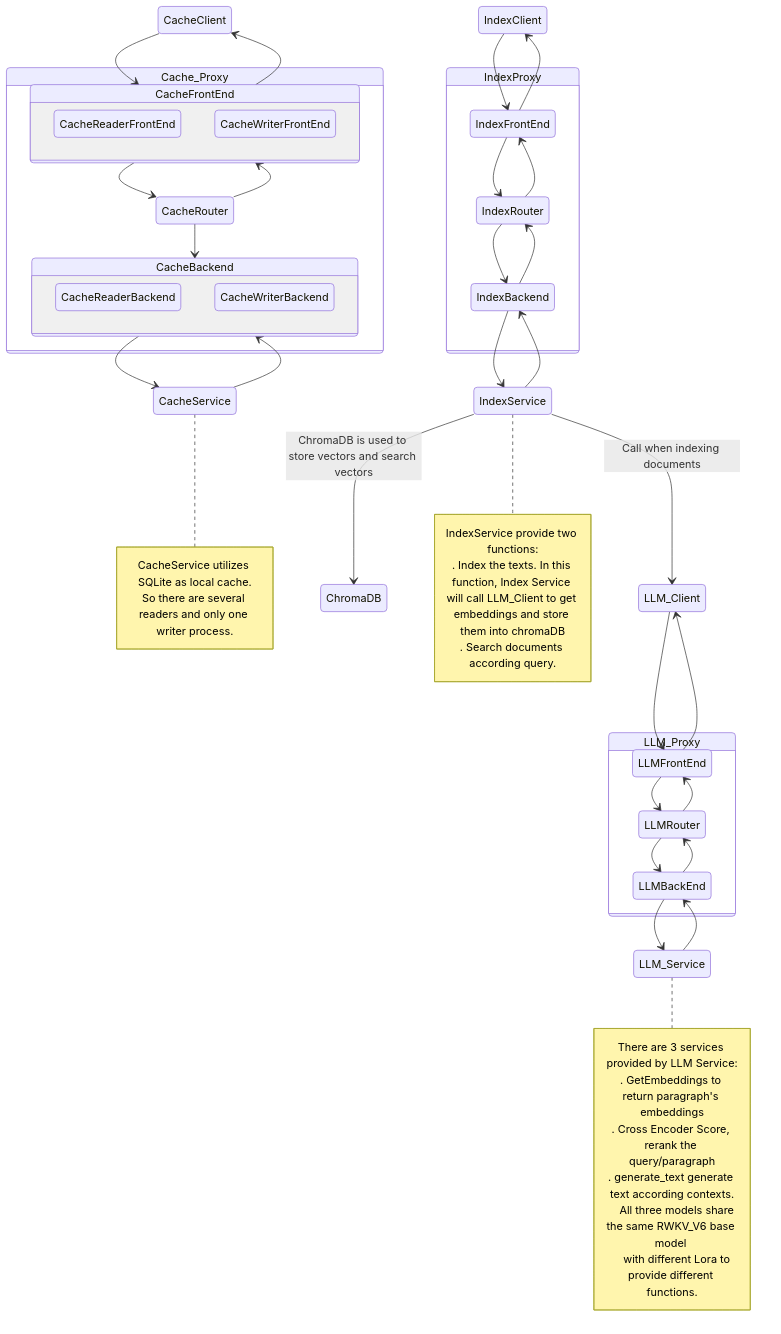
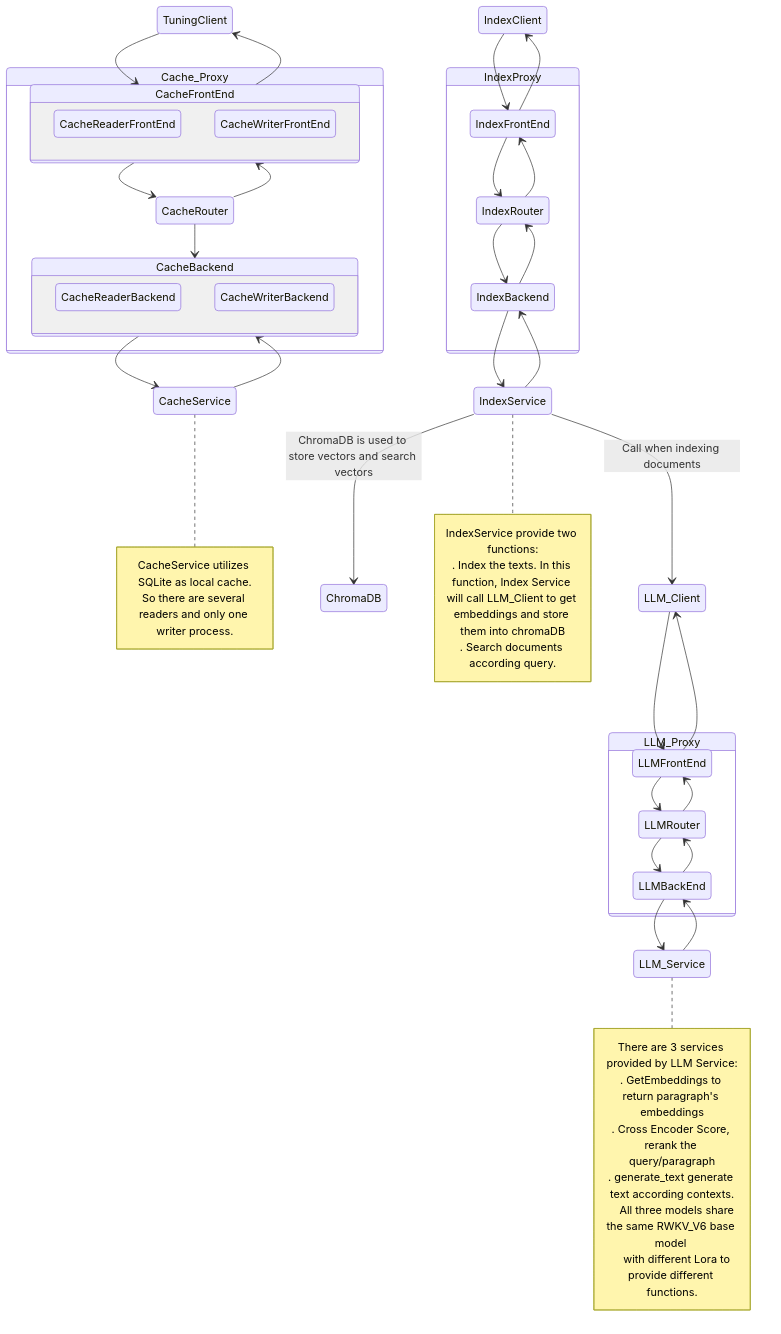
The third of 3 diagrams in README.md (AIIRWKV/RWKV-RAG), drawn with Mermaid before and after one commit.

````diff
--- a/README.md
+++ b/README.md
@@ -121,72 +121,72 @@
 ```mermaid
 stateDiagram-v2
 
 LLM_Client --> LLMFrontEnd
 LLMFrontEnd --> LLM_Client
 LLM_Proxy
 state LLM_Proxy{
     LLMFrontEnd --> LLMRouter 
     LLMRouter --> LLMBackEnd
     LLMRouter --> LLMFrontEnd
     LLMBackEnd --> LLMRouter
 }
 LLMBackEnd --> LLM_Service
 LLM_Service --> LLMBackEnd
 note right of LLM_Service
     There are 3 services provided by LLM Service:
     . GetEmbeddings to return paragraph's embeddings
     . Cross Encoder Score, rerank the query/paragraph
     . generate_text generate text according contexts.
 
     All three models share the same RWKV_V6 base model 
     with different Lora to provide different functions.
 end note
 
-CacheClient
+TuningClient
 Cache_Proxy
 state Cache_Proxy{
     CacheFrontEnd
     state CacheFrontEnd{
         CacheReaderFrontEnd
         CacheWriterFrontEnd
     }
     CacheFrontEnd --> CacheRouter 
     CacheRouter -->  CacheFrontEnd
     CacheRouter --> CacheBackend
     CacheBackend
     state CacheBackend{
         CacheReaderBackend
         CacheWriterBackend
     }
 }
-CacheClient --> CacheFrontEnd
-CacheFrontEnd --> CacheClient
+TuningClient --> CacheFrontEnd
+CacheFrontEnd --> TuningClient
 CacheService --> CacheBackend
 CacheBackend --> CacheService
 note right of CacheService
 CacheService utilizes SQLite as local cache.
 So there are several readers and only one writer process.
 end note
 
 
 IndexClient
 IndexProxy
 state IndexProxy{
     IndexFrontEnd --> IndexRouter
     IndexRouter --> IndexFrontEnd
     IndexRouter --> IndexBackend
     IndexBackend --> IndexRouter
 }
 IndexClient --> IndexFrontEnd
 IndexFrontEnd --> IndexClient
 IndexBackend --> IndexService
 IndexService --> IndexBackend
 IndexService --> LLM_Client :Call when indexing documents
 IndexService --> ChromaDB :ChromaDB is used to store vectors and search vectors
 note right of IndexService
 IndexService provide two functions:
 . Index the texts. In this function, Index Service will call LLM_Client to get embeddings and store them into chromaDB
 . Search documents according query.
 end note
 
 ```
````
